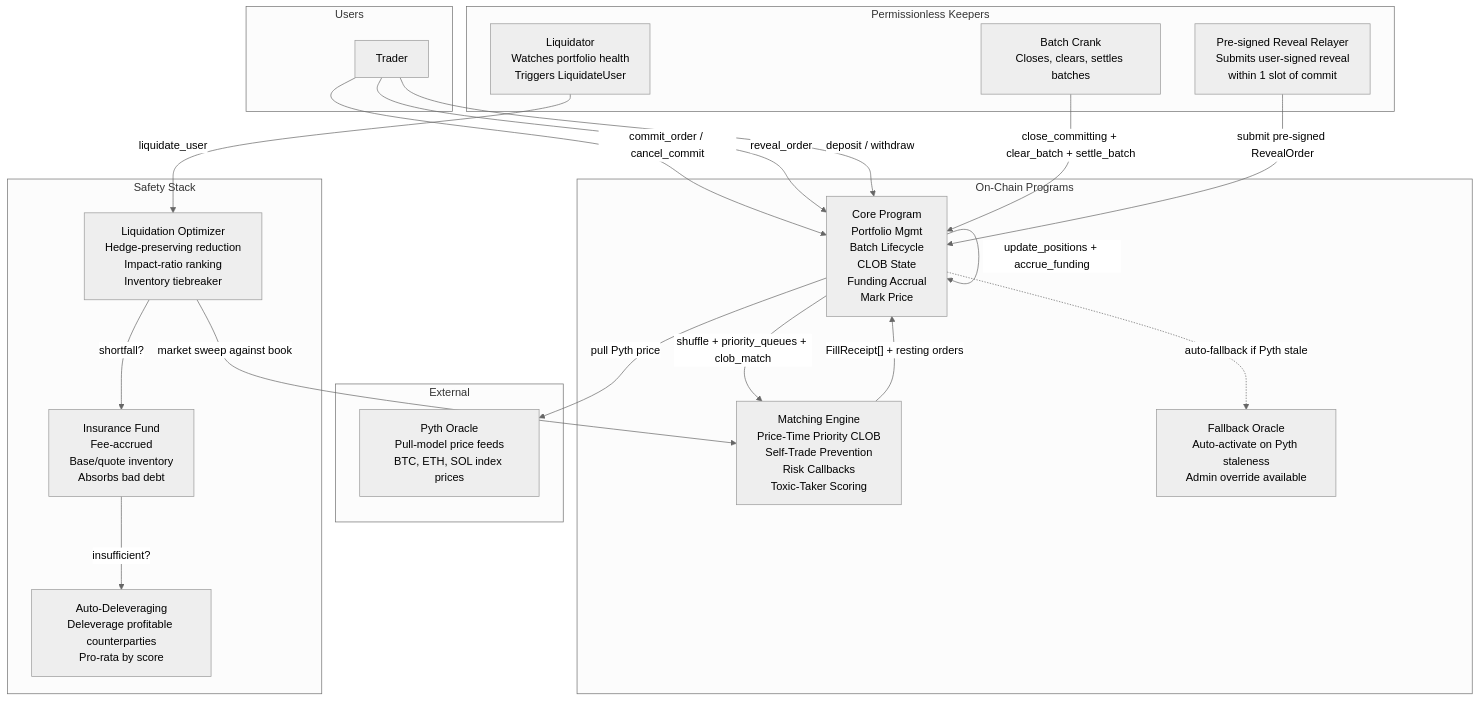
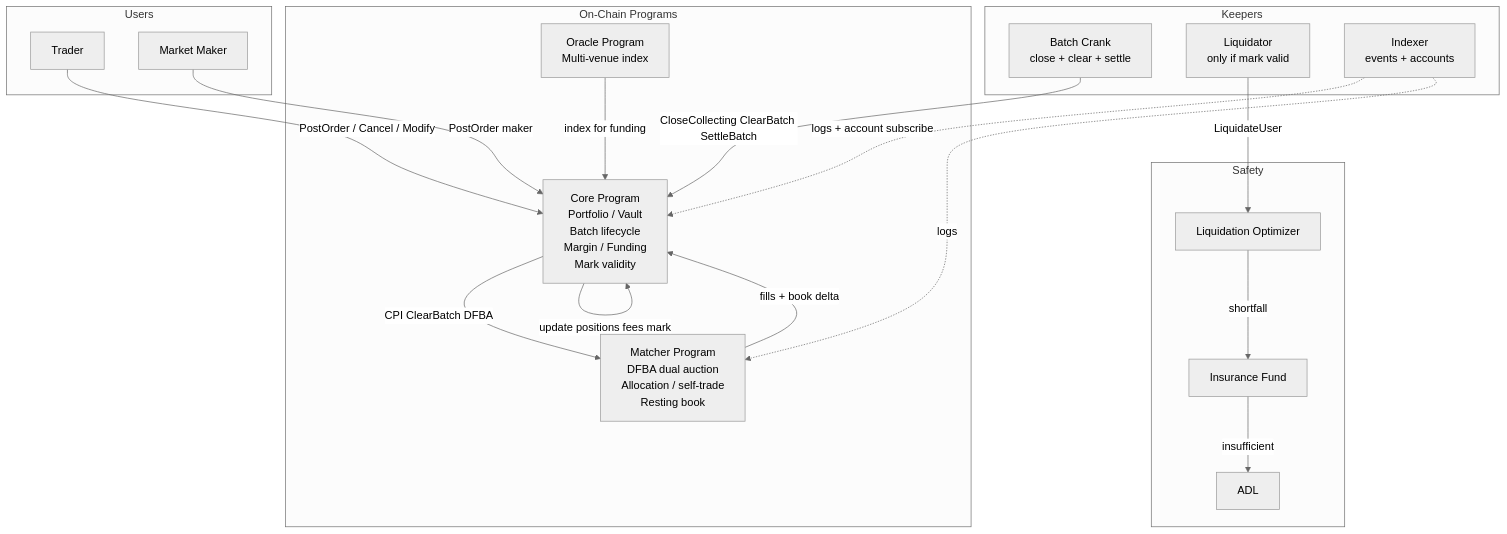
The diagram in docs/ai/design/feature-onchain-perps-dex.md (mangekyou-labs/mgk-solana), drawn with Mermaid (neutral theme) before and after one commit. The commit also changed other lines of this file and 55 other files, not shown here.

````diff
--- a/docs/ai/design/feature-onchain-perps-dex.md
+++ b/docs/ai/design/feature-onchain-perps-dex.md
@@ -15,43 +28,38 @@
 ```mermaid
 graph TD
     subgraph Users
         TRADER[Trader]
+        MM[Market Maker]
     end
 
     subgraph "On-Chain Programs"
-        CORE[Core Program<br/>Portfolio Mgmt<br/>Batch Lifecycle<br/>CLOB State<br/>Funding Accrual<br/>Mark Price]
-        MATCH[Matching Engine<br/>Price-Time Priority CLOB<br/>Self-Trade Prevention<br/>Risk Callbacks<br/>Toxic-Taker Scoring]
-        FALLBACK[Fallback Oracle<br/>Auto-activate on Pyth staleness<br/>Admin override available]
+        CORE[Core Program<br/>Portfolio / Vault<br/>Batch lifecycle<br/>Margin / Funding<br/>Mark validity]
+        MATCH[Matcher Program<br/>DFBA dual auction<br/>Allocation / self-trade<br/>Resting book]
+        ORACLE[Oracle Program<br/>Multi-venue index]
     end
 
-    subgraph External
-        PYTH[Pyth Oracle<br/>Pull-model price feeds<br/>BTC, ETH, SOL index prices]
+    subgraph Keepers
+        CRANK[Batch Crank<br/>close + clear + settle]
+        LIQ[Liquidator<br/>only if mark valid]
+        IDX[Indexer<br/>events + accounts]
     end
 
-    subgraph "Permissionless Keepers"
-        CRANK[Batch Crank<br/>Closes, clears, settles batches]
-        LIQ[Liquidator<br/>Watches portfolio health<br/>Triggers LiquidateUser]
-        RELAYER[Pre-signed Reveal Relayer<br/>Submits user-signed reveal<br/>within 1 slot of commit]
+    subgraph Safety
+        OPT[Liquidation Optimizer]
+        INS[Insurance Fund]
+        ADL[ADL]
     end
 
-    subgraph "Safety Stack"
-        OPTIMIZER[Liquidation Optimizer<br/>Hedge-preserving reduction<br/>Impact-ratio ranking<br/>Inventory tiebreaker]
-        INSURANCE[Insurance Fund<br/>Fee-accrued<br/>Base/quote inventory<br/>Absorbs bad debt]
-        ADL[Auto-Deleveraging<br/>Deleverage profitable counterparties<br/>Pro-rata by score]
-    end
-
-    TRADER -->|commit_order / cancel_commit| CORE
-    TRADER -->|reveal_order| CORE
-    TRADER -->|deposit / withdraw| CORE
-    CORE -->|"shuffle + priority_queues + clob_match"| MATCH
-    MATCH -->|"FillReceipt[] + resting orders"| CORE
-    CORE -->|update_positions + accrue_funding| CORE
-    CORE -->|pull Pyth price| PYTH
-    CORE -.->|auto-fallback if Pyth stale| FALLBACK
-    CRANK -->|close_committing + clear_batch + settle_batch| CORE
-    LIQ -->|liquidate_user| OPTIMIZER
-    OPTIMIZER -->|market sweep against book| MATCH
-    OPTIMIZER -->|shortfall?| INSURANCE
-    INSURANCE -->|insufficient?| ADL
-    RELAYER -->|submit pre-signed RevealOrder| CORE
+    TRADER -->|PostOrder / Cancel / Modify| CORE
+    MM -->|PostOrder maker| CORE
+    CORE -->|CPI ClearBatch DFBA| MATCH
+    MATCH -->|fills + book delta| CORE
+    CORE -->|update positions fees mark| CORE
+    CRANK -->|CloseCollecting ClearBatch SettleBatch| CORE
+    LIQ -->|LiquidateUser| OPT
+    OPT -->|shortfall| INS
+    INS -->|insufficient| ADL
+    ORACLE -->|index for funding| CORE
+    IDX -.->|logs + account subscribe| CORE
+    IDX -.->|logs| MATCH
 ```
````
